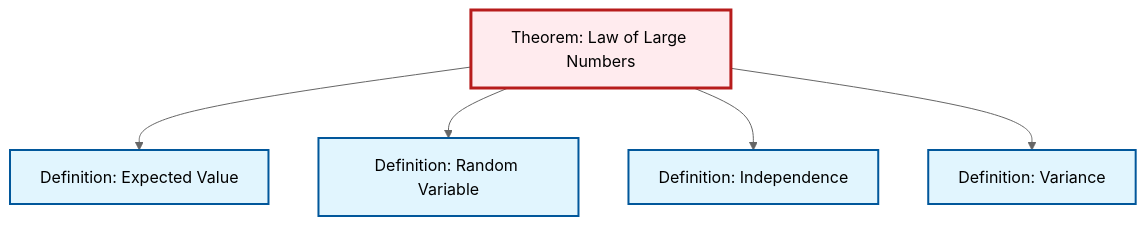
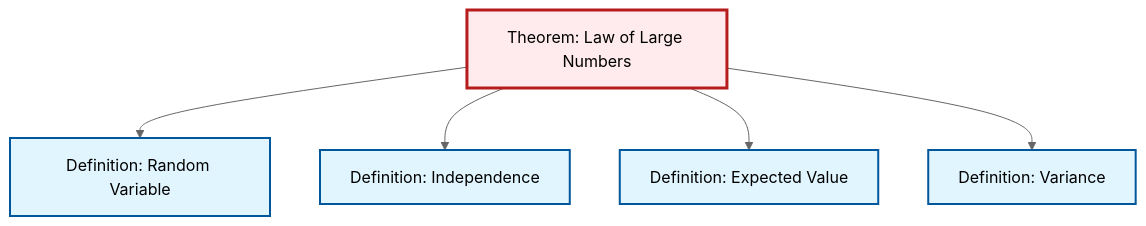
Before and after one commit to RK0429/ModernMath: the second of 2 diagrams in content/ja/probability-statistics/thm-law-of-large-numbers.qmd, drawn with Mermaid (neutral theme). The commit also changed other lines of this file and 581 other files, not shown here.

````diff
--- a/content/ja/probability-statistics/thm-law-of-large-numbers.qmd
+++ b/content/ja/probability-statistics/thm-law-of-large-numbers.qmd
@@ -89,23 +89,23 @@
 ```{mermaid}
 %%| fig-cap: "Local dependency graph"
 graph TD
     classDef definition fill:#e1f5fe,stroke:#01579b,stroke-width:2px
     classDef theorem fill:#f3e5f5,stroke:#4a148c,stroke-width:2px
     classDef axiom fill:#fff3e0,stroke:#e65100,stroke-width:2px
     classDef example fill:#e8f5e9,stroke:#1b5e20,stroke-width:2px
     classDef current fill:#ffebee,stroke:#b71c1c,stroke-width:3px
+    def-independence["Definition: Independence"]:::definition
     def-variance["Definition: Variance"]:::definition
+    def-expectation["Definition: Expected Value"]:::definition
+    thm-law-of-large-numbers["Theorem: Law of Large Numbers"]:::theorem
     def-random-variable["Definition: Random Variable"]:::definition
-    thm-law-of-large-numbers["Theorem: Law of Large Numbers"]:::theorem
-    def-independence["Definition: Independence"]:::definition
-    def-expectation["Definition: Expected Value"]:::definition
-    thm-law-of-large-numbers --> def-expectation
     thm-law-of-large-numbers --> def-random-variable
     thm-law-of-large-numbers --> def-independence
+    thm-law-of-large-numbers --> def-expectation
     thm-law-of-large-numbers --> def-variance
     class thm-law-of-large-numbers current
+    click def-independence "def-independence.html" "Definition: Independenceへ"
     click def-variance "def-variance.html" "Definition: Varianceへ"
+    click def-expectation "def-expectation.html" "Definition: Expected Valueへ"
     click def-random-variable "def-random-variable.html" "Definition: Random Variableへ"
-    click def-independence "def-independence.html" "Definition: Independenceへ"
-    click def-expectation "def-expectation.html" "Definition: Expected Valueへ"
 ```
````
